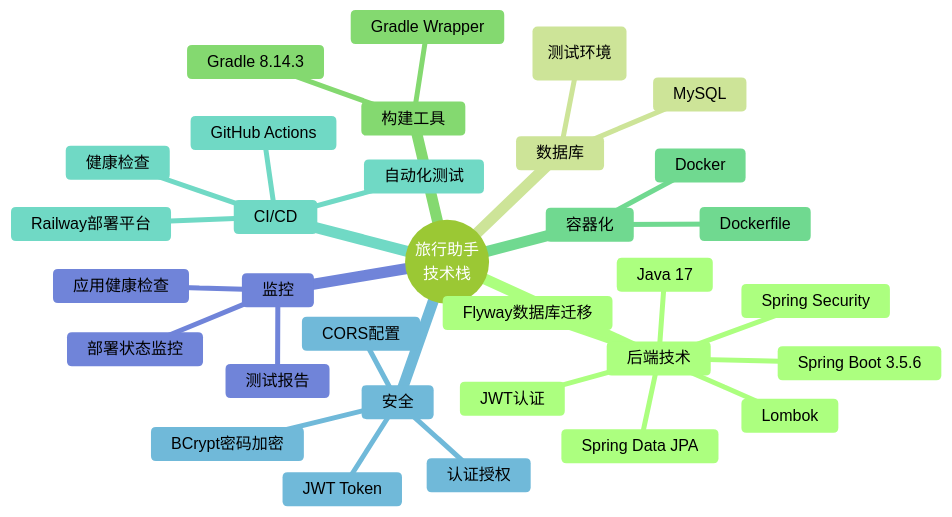
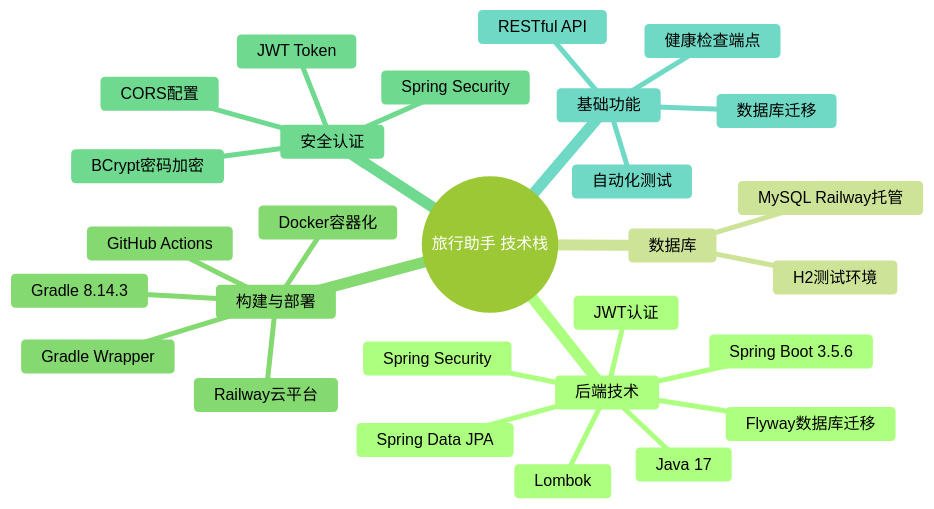
The fifth of 7 diagrams in architecture-diagram.md (NicoleYL28/travel-assistant), drawn with Mermaid (forest theme) before and after one commit. The commit also changed other lines of this file, not shown here.

Commit message:
Simplify architecture diagram - remove complex components like gateway, monitoring, and integrate Railway platform

````diff
--- a/architecture-diagram.md
+++ b/architecture-diagram.md
@@ -262,35 +255,31 @@
 ```mermaid
 mindmap
-  root((旅行助手<br/>技术栈))
+  root((旅行助手 技术栈))
     后端技术
       Java 17
       Spring Boot 3.5.6
       Spring Security
       Spring Data JPA
       JWT认证
       Lombok
       Flyway数据库迁移
     数据库
-      MySQL
-      H2(测试环境)
-    构建工具
+      MySQL Railway托管
+      H2测试环境
+    构建与部署
       Gradle 8.14.3
       Gradle Wrapper
-    容器化
-      Docker
-      Dockerfile
-    CI/CD
+      Docker容器化
       GitHub Actions
-      Railway部署平台
-      自动化测试
-      健康检查
-    安全
+      Railway云平台
+    安全认证
       JWT Token
       BCrypt密码加密
       CORS配置
-      认证授权
-    监控
-      应用健康检查
-      测试报告
-      部署状态监控
+      Spring Security
+    基础功能
+      健康检查端点
+      自动化测试
+      数据库迁移
+      RESTful API
 ```
````
